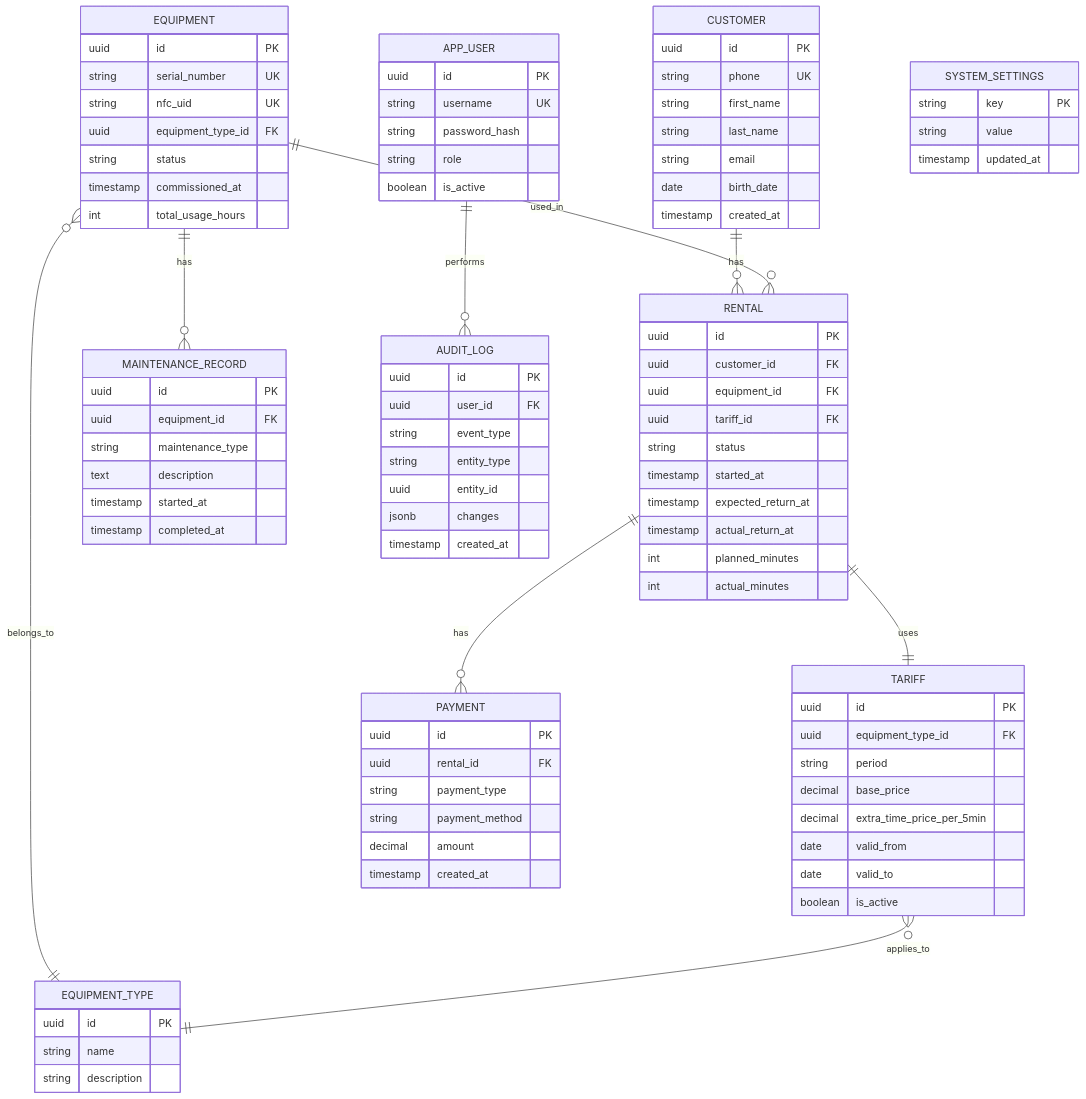
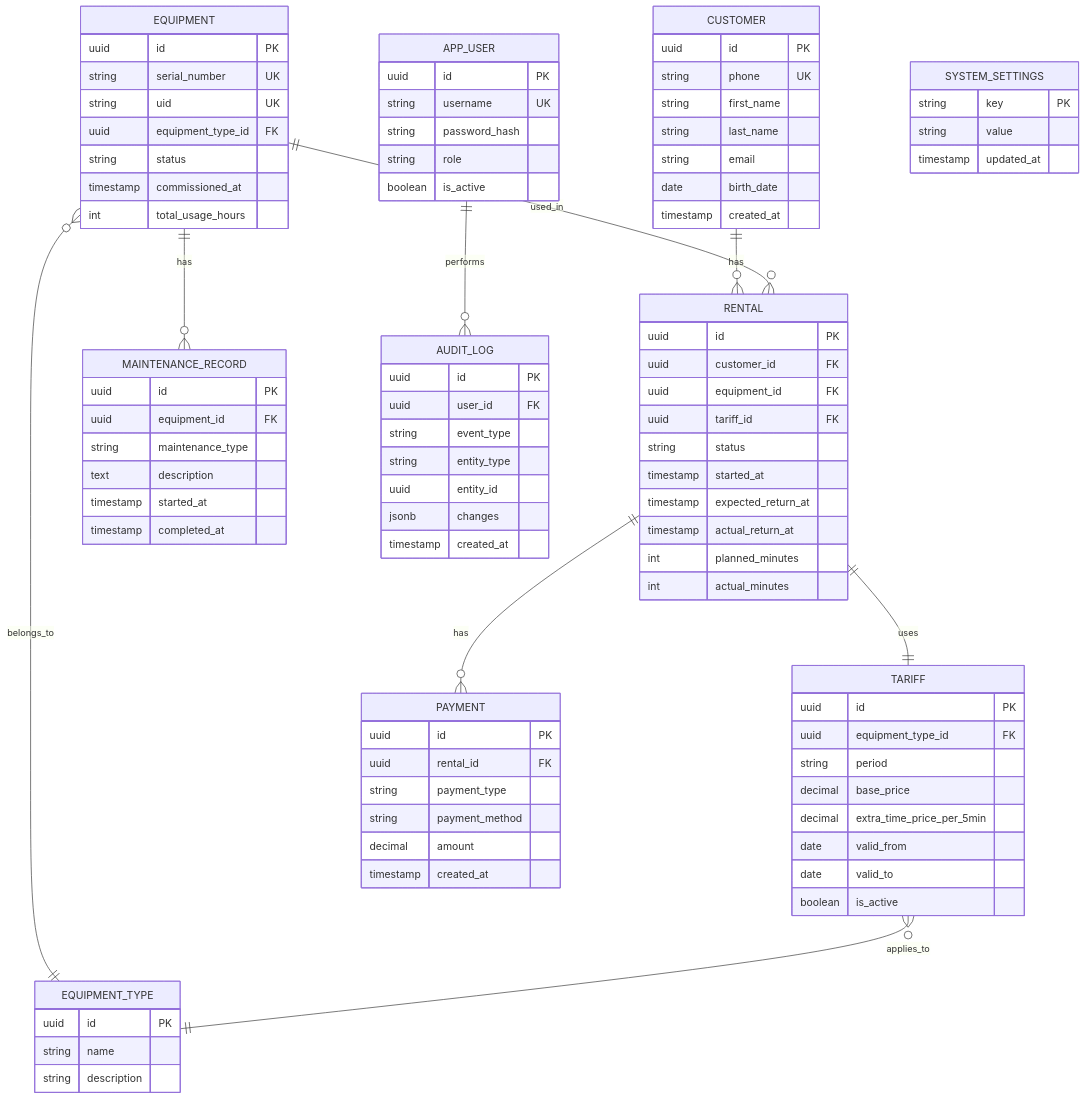
The fourth of 5 diagrams in docs/backend-architecture.md (JenkaBY/bike-rental), drawn with Mermaid before and after one commit. The commit also changed other lines of this file and 137 other files, not shown here.

```diff
--- a/docs/backend-architecture.md
+++ b/docs/backend-architecture.md
@@ -374,7 +374,7 @@
     EQUIPMENT {
         uuid id PK
         string serial_number UK
-        string nfc_uid UK
+        string uid UK
         uuid equipment_type_id FK
         string status
         timestamp commissioned_at
```
